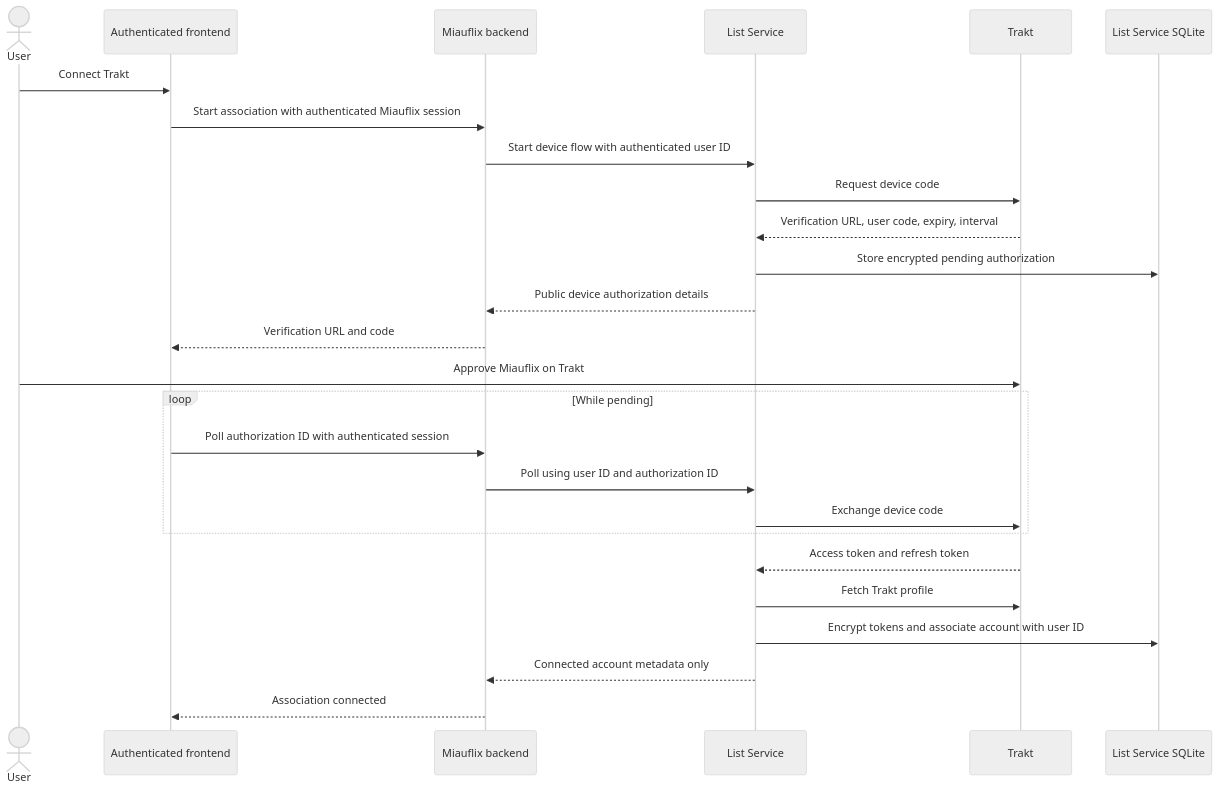
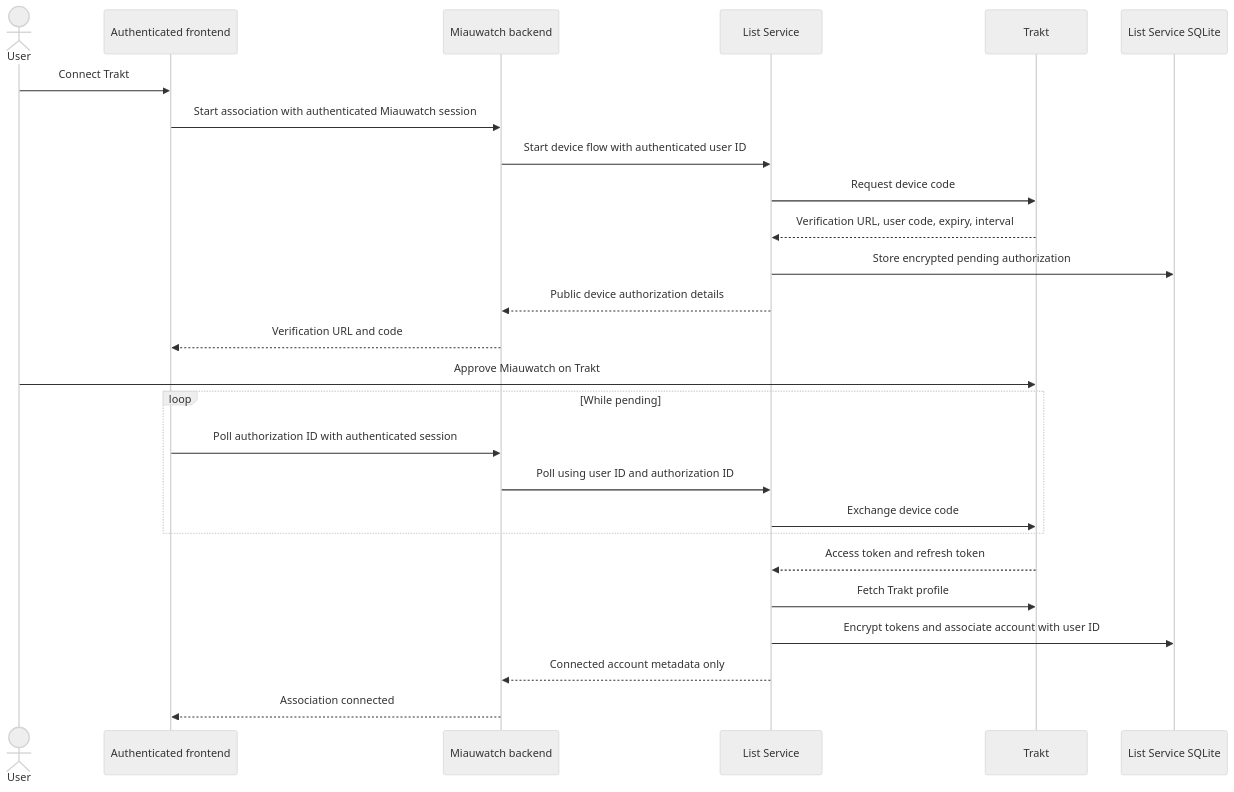
One commit to maury91/miauflix changed the fifth of 7 diagrams in docs/architecture/diagrams.md. Above: the diagram before and after it, drawn with Mermaid (neutral theme). The commit also changed other lines of this file and 216 other files, not shown here.

````diff
--- a/docs/architecture/diagrams.md
+++ b/docs/architecture/diagrams.md
@@ -181,31 +181,31 @@
 ```mermaid
 sequenceDiagram
   actor User
   participant UI as Authenticated frontend
-  participant API as Miauflix backend
+  participant API as Miauwatch backend
   participant Lists as List Service
   participant Trakt
   participant ListDB as List Service SQLite
 
   User->>UI: Connect Trakt
-  UI->>API: Start association with authenticated Miauflix session
+  UI->>API: Start association with authenticated Miauwatch session
   API->>Lists: Start device flow with authenticated user ID
   Lists->>Trakt: Request device code
   Trakt-->>Lists: Verification URL, user code, expiry, interval
   Lists->>ListDB: Store encrypted pending authorization
   Lists-->>API: Public device authorization details
   API-->>UI: Verification URL and code
-  User->>Trakt: Approve Miauflix on Trakt
+  User->>Trakt: Approve Miauwatch on Trakt
 
   loop While pending
     UI->>API: Poll authorization ID with authenticated session
     API->>Lists: Poll using user ID and authorization ID
     Lists->>Trakt: Exchange device code
   end
 
   Trakt-->>Lists: Access token and refresh token
   Lists->>Trakt: Fetch Trakt profile
   Lists->>ListDB: Encrypt tokens and associate account with user ID
   Lists-->>API: Connected account metadata only
   API-->>UI: Association connected
 ```
````
